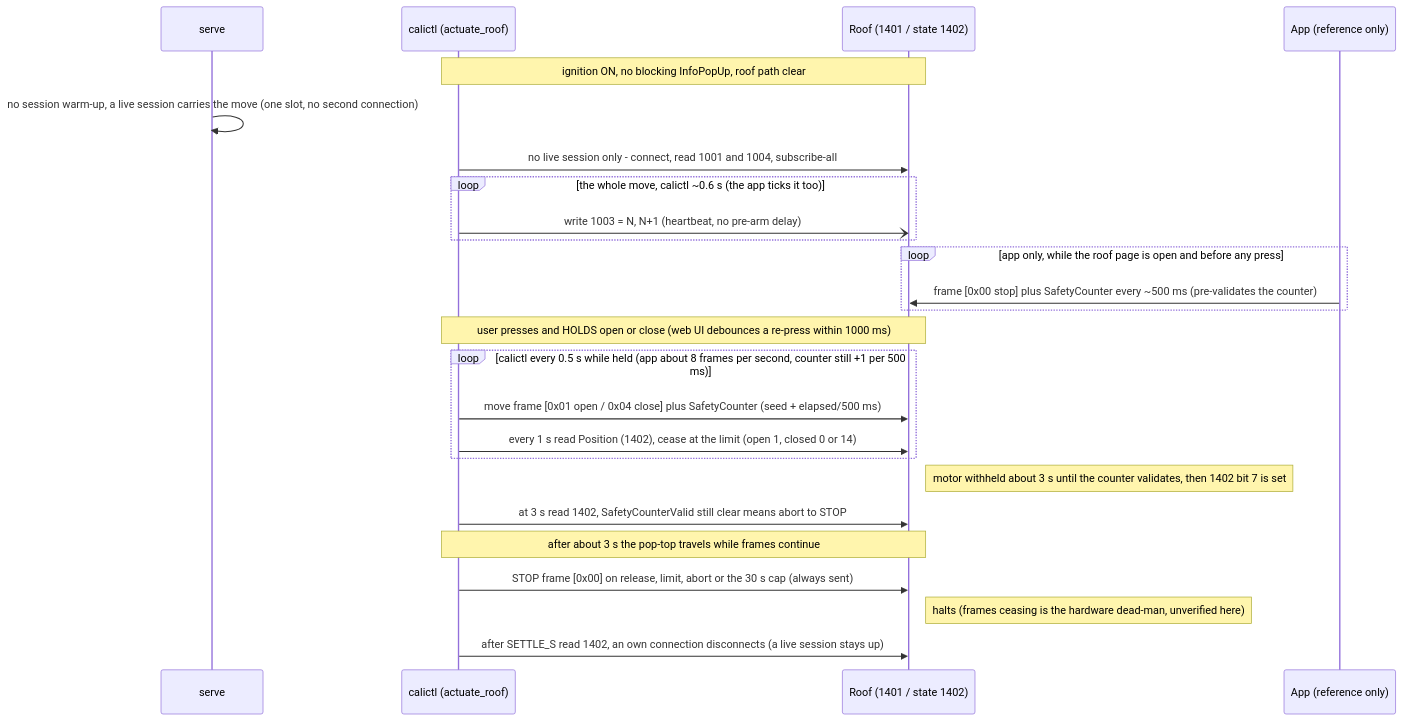
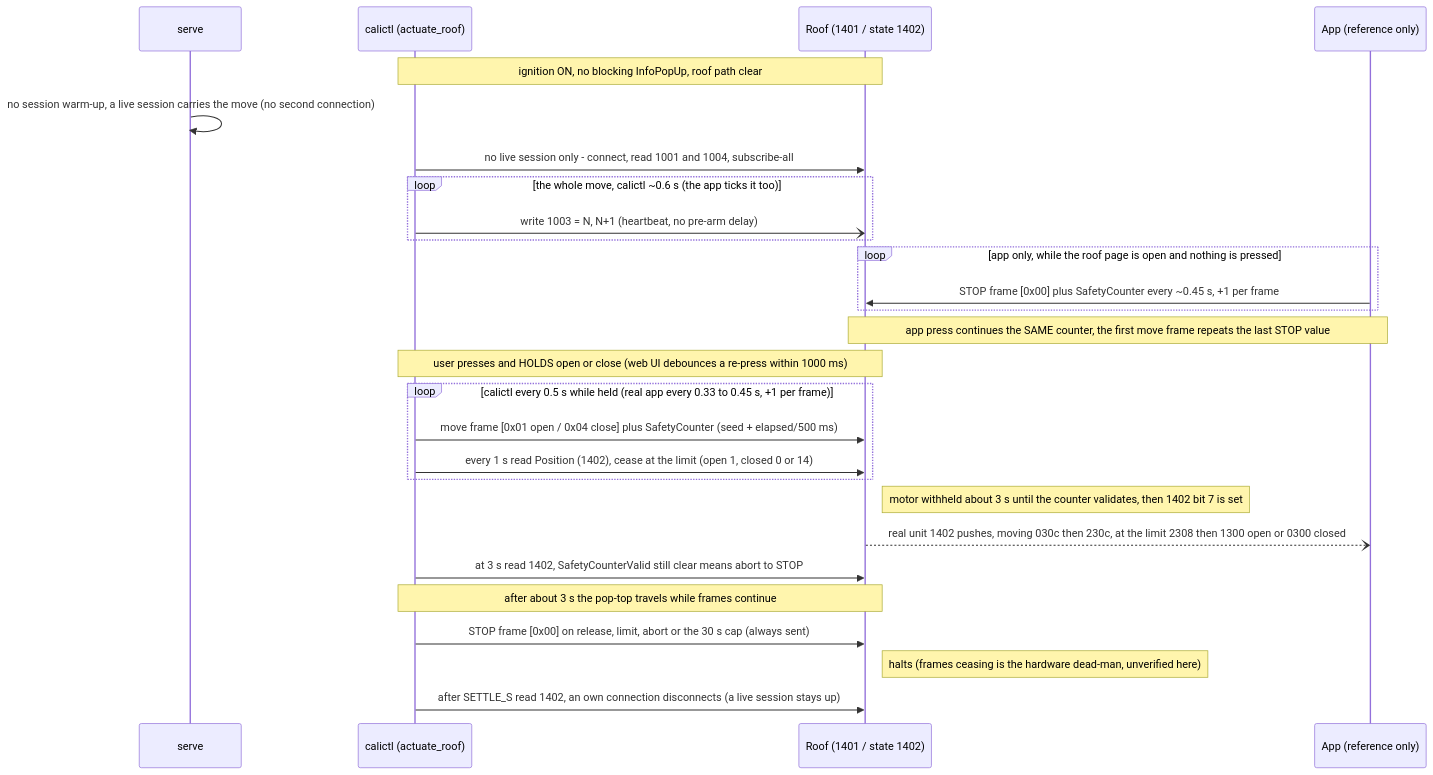
One commit to ckeller42/open-california changed the ninth of 17 diagrams in docs/protocol-sequences.rst. Above: the diagram before and after it, drawn with Mermaid. The commit also changed other lines of this file and 3 other files, not shown here.

First line of the commit message:
docs(protocol): real app on the real unit — 2026-10-10 capture (#278)

```diff
--- a/docs/protocol-sequences.rst
+++ b/docs/protocol-sequences.rst
@@ -824,27 +871,29 @@
 .. mermaid::
 
     sequenceDiagram
         participant S as serve
         participant C as calictl (actuate_roof)
         participant U as Roof (1401 / state 1402)
         participant A as App (reference only)
         Note over C,U: ignition ON, no blocking InfoPopUp, roof path clear
-        S->>S: no session warm-up, a live session carries the move (one slot, no second connection)
+        S->>S: no session warm-up, a live session carries the move (no second connection)
         C->>U: no live session only - connect, read 1001 and 1004, subscribe-all
         loop the whole move, calictl ~0.6 s (the app ticks it too)
             C-)U: write 1003 = N, N+1 (heartbeat, no pre-arm delay)
         end
-        loop app only, while the roof page is open and before any press
-            A->>U: frame [0x00 stop] plus SafetyCounter every ~500 ms (pre-validates the counter)
+        loop app only, while the roof page is open and nothing is pressed
+            A->>U: STOP frame [0x00] plus SafetyCounter every ~0.45 s, +1 per frame
         end
+        Note over A,U: app press continues the SAME counter, the first move frame repeats the last STOP value
         Note over C,U: user presses and HOLDS open or close (web UI debounces a re-press within 1000 ms)
-        loop calictl every 0.5 s while held (app about 8 frames per second, counter still +1 per 500 ms)
+        loop calictl every 0.5 s while held (real app every 0.33 to 0.45 s, +1 per frame)
             C->>U: move frame [0x01 open / 0x04 close] plus SafetyCounter (seed + elapsed/500 ms)
             C->>U: every 1 s read Position (1402), cease at the limit (open 1, closed 0 or 14)
         end
         Note right of U: motor withheld about 3 s until the counter validates, then 1402 bit 7 is set
+        U--)A: real unit 1402 pushes, moving 030c then 230c, at the limit 2308 then 1300 open or 0300 closed
         C->>U: at 3 s read 1402, SafetyCounterValid still clear means abort to STOP
         Note over C,U: after about 3 s the pop-top travels while frames continue
         C->>U: STOP frame [0x00] on release, limit, abort or the 30 s cap (always sent)
         Note right of U: halts (frames ceasing is the hardware dead-man, unverified here)
         C->>U: after SETTLE_S read 1402, an own connection disconnects (a live session stays up)
```
